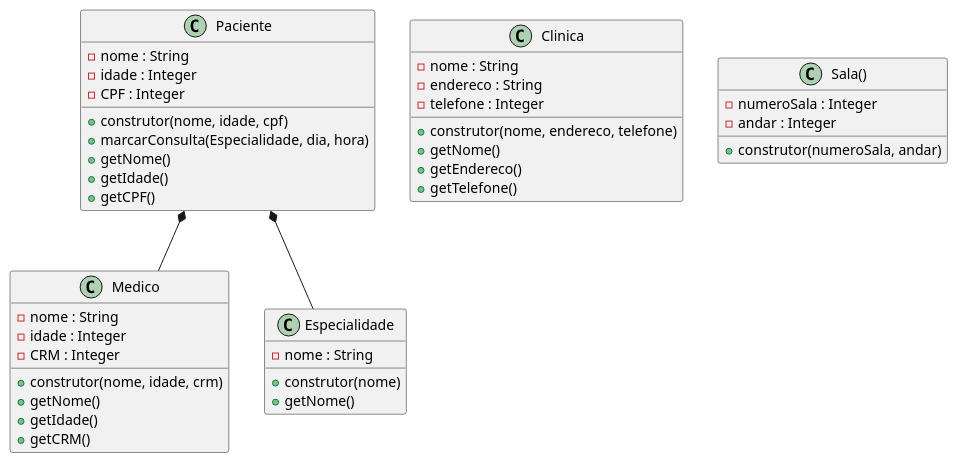
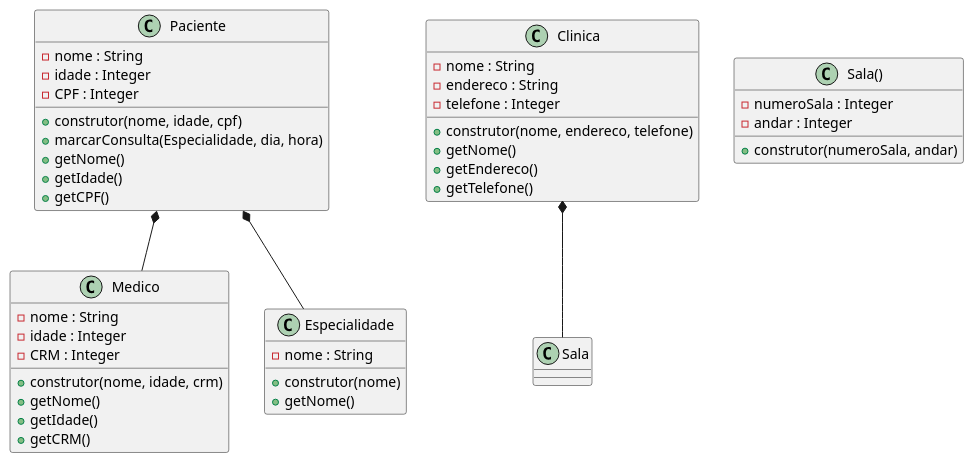
One commit to anleaes/2022-1-N2-POO-03 changed the diagram in diagrama.plantuml. Above: the diagram before and after it, drawn with PlantUML.

Commit message:
4º vez ajustado classe sala

```diff
--- a/diagrama.plantuml
+++ b/diagrama.plantuml
@@ -1,49 +1,51 @@
 @startuml Gerenciamento de Exames Medicos
 
     class Paciente{
         - nome : String
         - idade : Integer
         - CPF : Integer
         + construtor(nome, idade, cpf)
         + marcarConsulta(Especialidade, dia, hora)
         + getNome()
         + getIdade()
         + getCPF()
     }
 
     class Medico{
         - nome : String
         - idade : Integer
         - CRM : Integer
         + construtor(nome, idade, crm)
         + getNome()
         + getIdade()
         + getCRM()
     }
 
     class Especialidade{
         - nome : String
         + construtor(nome)
         + getNome()
     }
 
     class Clinica{
         - nome : String
         - endereco : String
         - telefone : Integer
         + construtor(nome, endereco, telefone)
         + getNome()
         + getEndereco()
         + getTelefone()
     }
 
     class Sala(){
         - numeroSala : Integer
         - andar : Integer
         + construtor(numeroSala, andar)
     }
 
     Paciente *-- Medico
     Paciente *-- Especialidade
 
+    Clinica *-- Sala
+
 @enduml
```
